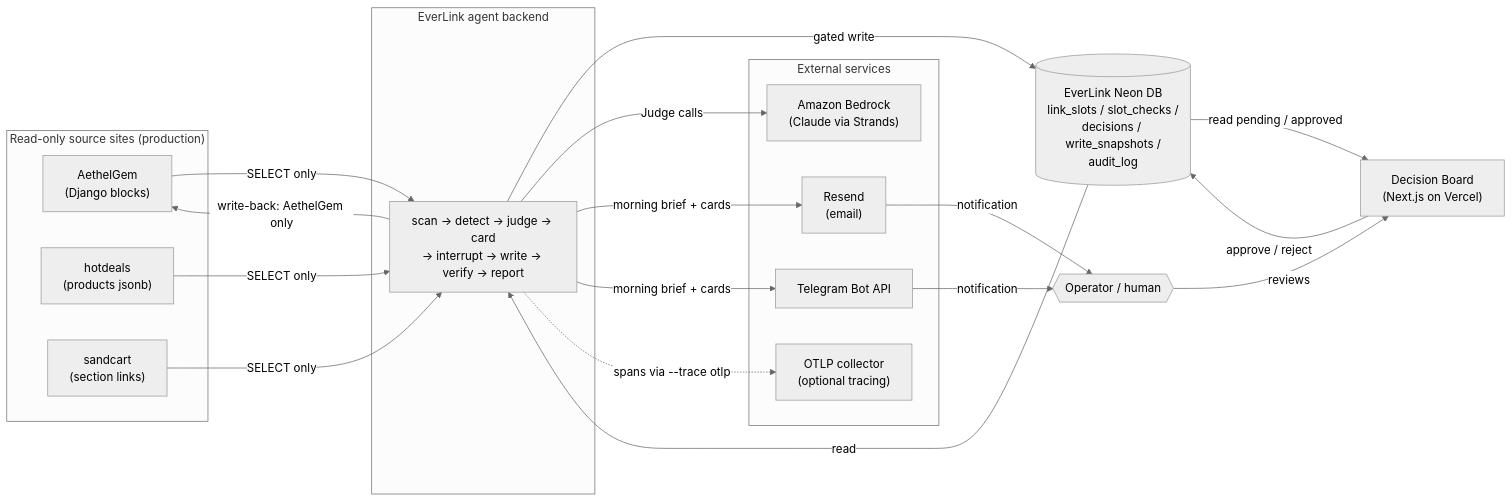
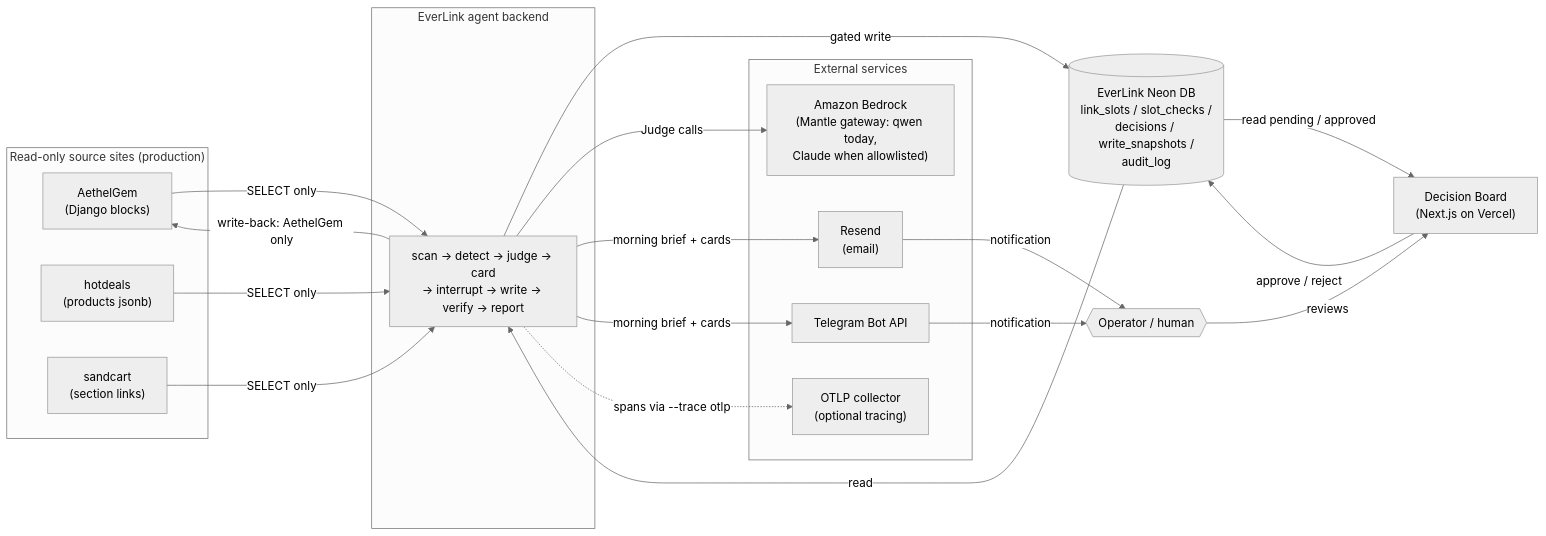
Before and after one commit to tomyuya/everlink: the first of 6 diagrams in ARCHITECTURE.md, drawn with Mermaid (neutral theme). The commit also changed 3 other files, not shown here.

````diff
--- a/ARCHITECTURE.md
+++ b/ARCHITECTURE.md
@@ -18,35 +18,35 @@
 ```mermaid
 flowchart LR
     subgraph SRC["Read-only source sites (production)"]
         AG["AethelGem<br/>(Django blocks)"]
         HD["hotdeals<br/>(products jsonb)"]
         SC["sandcart<br/>(section links)"]
     end
 
     subgraph EL["EverLink agent backend"]
         CORE["scan -> detect -> judge -> card<br/>-> interrupt -> write -> verify -> report"]
     end
 
     subgraph EXT["External services"]
-        BR["Amazon Bedrock<br/>(Claude via Strands)"]
+        BR["Amazon Bedrock<br/>(Mantle gateway: qwen today,<br/>Claude when allowlisted)"]
         RS["Resend<br/>(email)"]
         TG["Telegram Bot API"]
         OT["OTLP collector<br/>(optional tracing)"]
     end
 
     DB[("EverLink Neon DB<br/>link_slots / slot_checks /<br/>decisions / write_snapshots /<br/>audit_log")]
     BOARD["Decision Board<br/>(Next.js on Vercel)"]
     OP{{"Operator / human"}}
 
     AG & HD & SC -- "SELECT only" --> CORE
     DB -- "read" --> CORE
     CORE -- "gated write" --> DB
     CORE -- "Judge calls" --> BR
     CORE -- "morning brief + cards" --> RS & TG
     CORE -. "spans via --trace otlp" .-> OT
     DB -- "read pending / approved" --> BOARD
     BOARD -- "approve / reject" --> DB
     OP -- "reviews" --> BOARD
     RS & TG -- "notification" --> OP
     CORE -- "write-back: AethelGem only" --> AG
 ```
````
